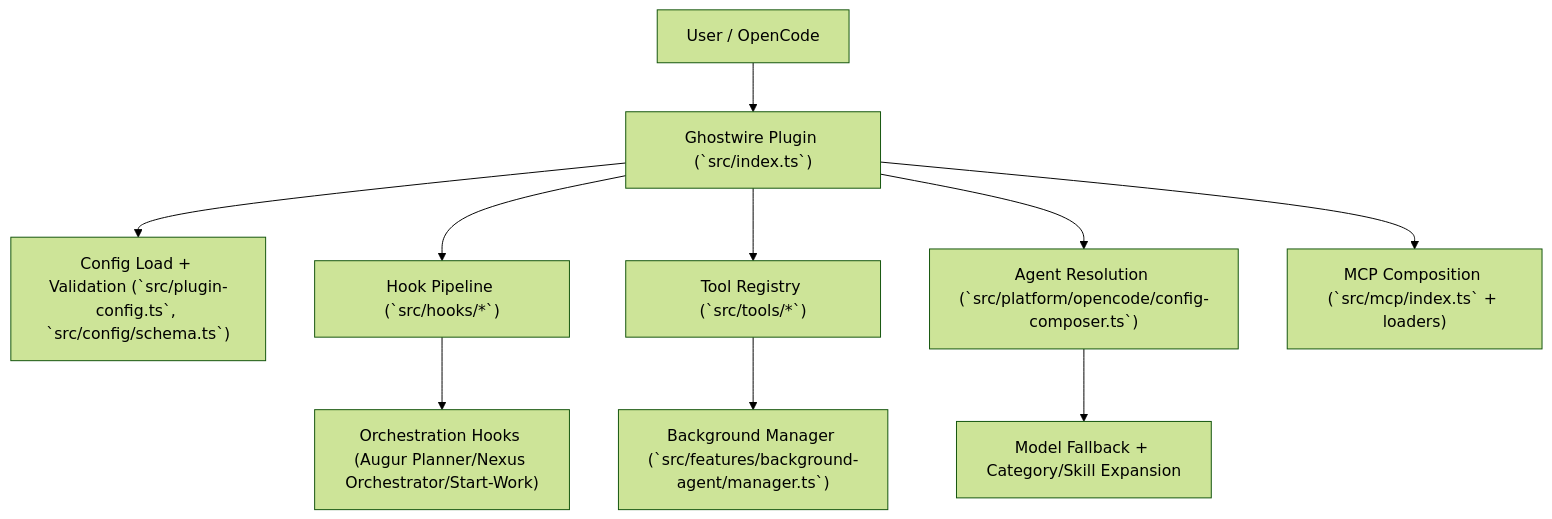
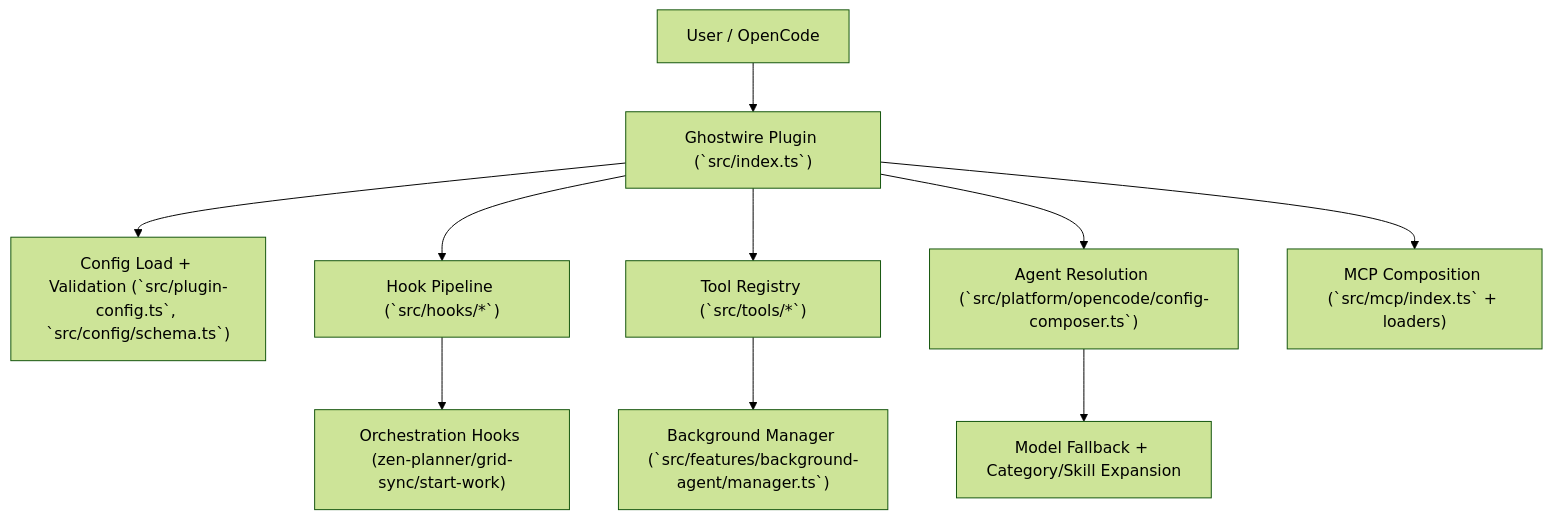
Before and after one commit to hackefeller/ghostwire: the diagram in docs/concepts/plugin-architecture.md, drawn with Mermaid (forest theme). The commit also changed other lines of this file and 103 other files, not shown here.

First line of the commit message:
Rename planner and orchestrator agents (zen-planner)

````diff
--- a/docs/concepts/plugin-architecture.md
+++ b/docs/concepts/plugin-architecture.md
@@ -78,12 +78,12 @@
 ```mermaid
 flowchart TD
     U["User / OpenCode"] --> P["Ghostwire Plugin (`src/index.ts`)"]
     P --> C["Config Load + Validation (`src/plugin-config.ts`, `src/config/schema.ts`)"]
     P --> H["Hook Pipeline (`src/hooks/*`)"]
     P --> T["Tool Registry (`src/tools/*`)"]
     P --> A["Agent Resolution (`src/platform/opencode/config-composer.ts`)"]
     A --> M["Model Fallback + Category/Skill Expansion"]
     T --> B["Background Manager (`src/features/background-agent/manager.ts`)"]
-    H --> O["Orchestration Hooks (Augur Planner/Nexus Orchestrator/Start-Work)"]
+    H --> O["Orchestration Hooks (zen-planner/grid-sync/start-work)"]
     P --> MCP["MCP Composition (`src/mcp/index.ts` + loaders)"]
 ```
````
